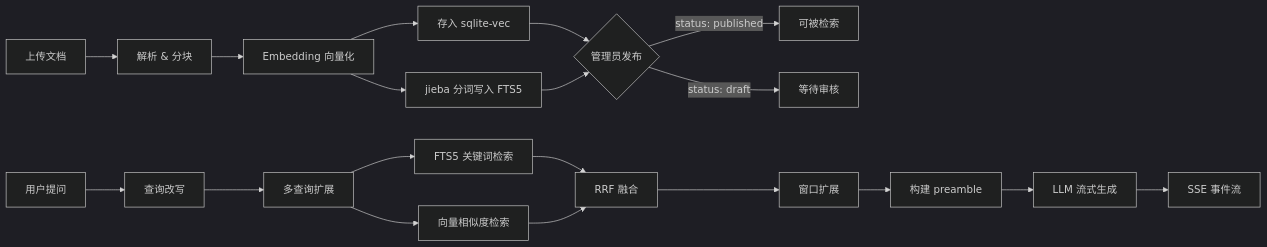
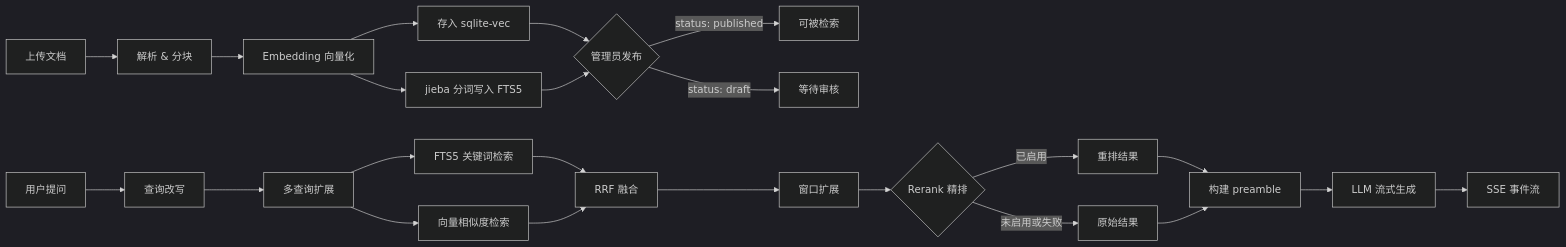
The diagram in docs-web/content/docs/zh/architecture.mdx (timzaak/rwiki), drawn with Mermaid (dark theme) before and after one commit. The commit also changed other lines of this file and 3 other files, not shown here.

Commit message:
docs: add rerank integration documentation for architecture and configuration

````diff
--- a/docs-web/content/docs/zh/architecture.mdx
+++ b/docs-web/content/docs/zh/architecture.mdx
@@ -22,22 +22,26 @@
 ```mermaid
 flowchart LR
     A[上传文档] --> B[解析 & 分块]
     B --> C[Embedding 向量化]
     C --> D[存入 sqlite-vec]
     C --> E[jieba 分词写入 FTS5]
     D --> F{管理员发布}
     E --> F
     F -->|status: published| G[可被检索]
     F -->|status: draft| H[等待审核]
 
     I[用户提问] --> J[查询改写]
     J --> K[多查询扩展]
     K --> L1[FTS5 关键词检索]
     K --> L2[向量相似度检索]
     L1 --> M[RRF 融合]
     L2 --> M
     M --> N[窗口扩展]
-    N --> O[构建 preamble]
+    N --> R{Rerank 精排}
+    R -->|已启用| S[重排结果]
+    R -->|未启用或失败| T[原始结果]
+    S --> O[构建 preamble]
+    T --> O
     O --> P[LLM 流式生成]
     P --> Q[SSE 事件流]
 ```
````
